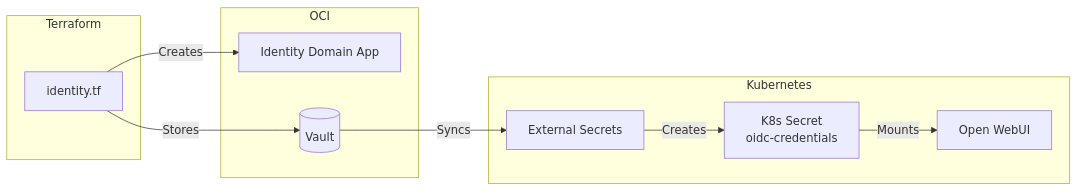
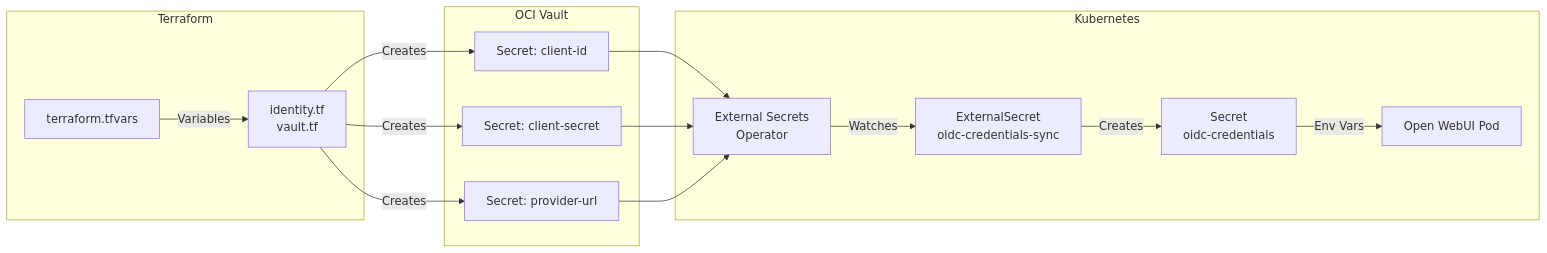
Before and after one commit to nsudhanva/k8s-oracle: the fifth of 5 diagrams in docs/src/content/docs/architecture/open-webui.mdx, drawn with Mermaid. The commit also changed other lines of this file and 1 other file, not shown here.

First line of the commit message:
docs: comprehensive OIDC authentication documentation for Open WebUI

````diff
--- a/docs/src/content/docs/architecture/open-webui.mdx
+++ b/docs/src/content/docs/architecture/open-webui.mdx
@@ -137,23 +226,31 @@
 ```mermaid
 flowchart LR
     subgraph Terraform
-        TF[identity.tf]
+        TF[identity.tf<br/>vault.tf]
+        TFVARS[terraform.tfvars]
     end
 
-    subgraph OCI["OCI"]
-        App[Identity Domain App]
-        Vault[(Vault)]
+    subgraph OCI["OCI Vault"]
+        CID[Secret: client-id]
+        SEC[Secret: client-secret]
+        URL[Secret: provider-url]
     end
 
     subgraph Kubernetes
-        ESO[External Secrets]
-        Secret[K8s Secret<br/>oidc-credentials]
-        Pod[Open WebUI]
+        ESO[External Secrets<br/>Operator]
+        ExtSec[ExternalSecret<br/>oidc-credentials-sync]
+        K8sSec[Secret<br/>oidc-credentials]
+        Pod[Open WebUI Pod]
     end
 
-    TF -->|Creates| App
-    TF -->|Stores| Vault
-    Vault -->|Syncs| ESO
-    ESO -->|Creates| Secret
-    Secret -->|Mounts| Pod
+    TFVARS -->|Variables| TF
+    TF -->|Creates| CID
+    TF -->|Creates| SEC
+    TF -->|Creates| URL
+    CID --> ESO
+    SEC --> ESO
+    URL --> ESO
+    ESO -->|Watches| ExtSec
+    ExtSec -->|Creates| K8sSec
+    K8sSec -->|Env Vars| Pod
 ```
````
